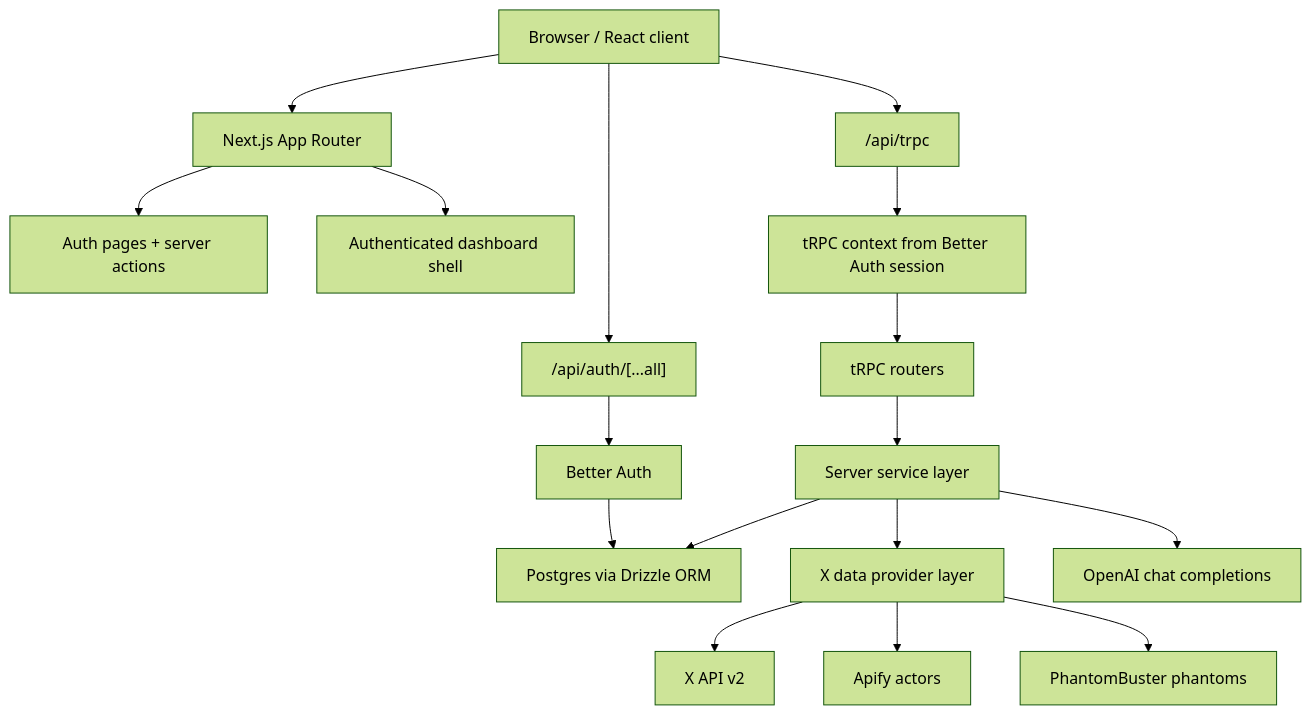
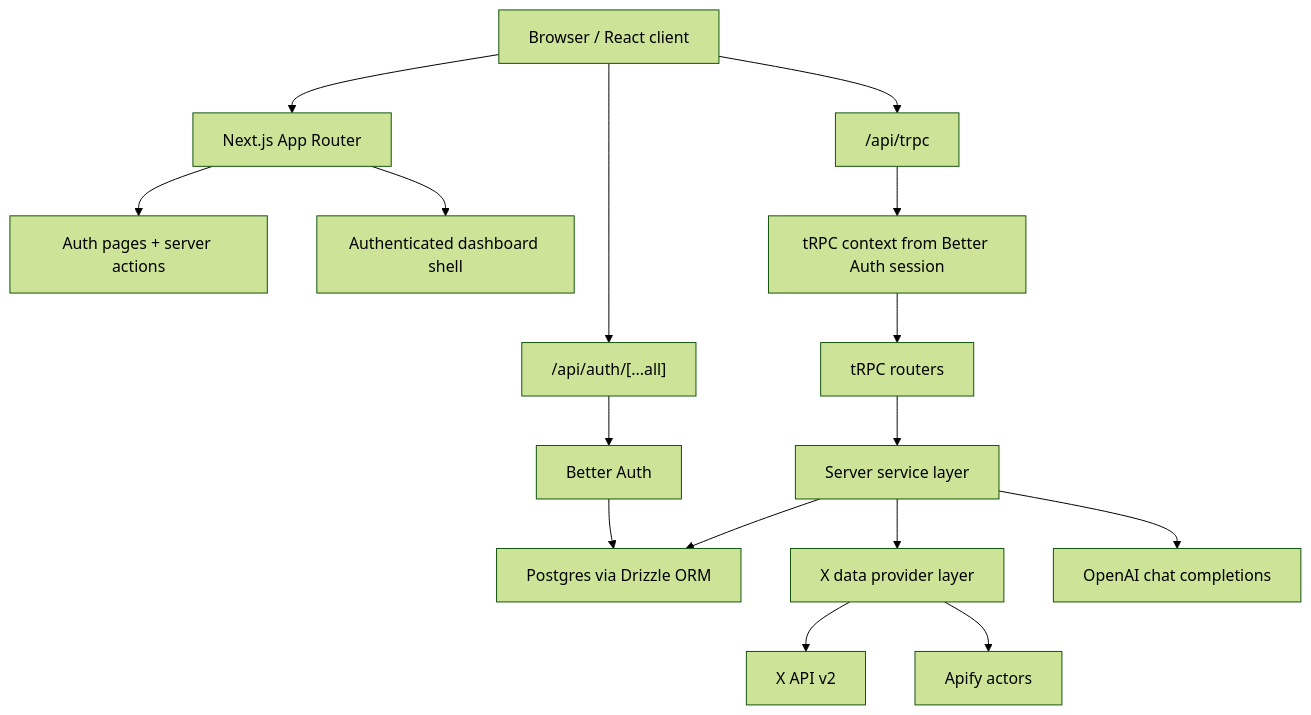
The diagram in CURRENT_ARCHITECTURE.md (LeventySeven/skaledotai), drawn with Mermaid (forest theme) before and after one commit. The commit also changed other lines of this file and 9 other files, not shown here.

````diff
--- a/CURRENT_ARCHITECTURE.md
+++ b/CURRENT_ARCHITECTURE.md
@@ -20,19 +20,18 @@
 ```mermaid
 flowchart TD
   Browser["Browser / React client"] --> AppRouter["Next.js App Router"]
   AppRouter --> AuthPages["Auth pages + server actions"]
   AppRouter --> MainShell["Authenticated dashboard shell"]
   Browser --> TRPC["/api/trpc"]
   TRPC --> Context["tRPC context from Better Auth session"]
   Context --> Routers["tRPC routers"]
   Routers --> Services["Server service layer"]
   Services --> DB["Postgres via Drizzle ORM"]
   Services --> XProvider["X data provider layer"]
   XProvider --> XAPI["X API v2"]
   XProvider --> Apify["Apify actors"]
-  XProvider --> Phantom["PhantomBuster phantoms"]
   Services --> OpenAI["OpenAI chat completions"]
   Browser --> BetterAuthRoute["/api/auth/[...all]"]
   BetterAuthRoute --> BetterAuth["Better Auth"]
   BetterAuth --> DB
 ```
````
